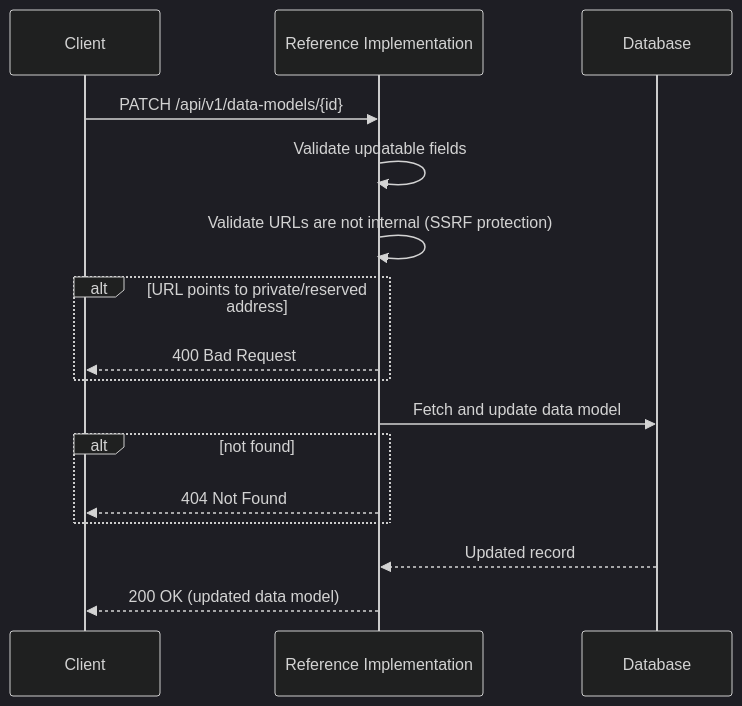
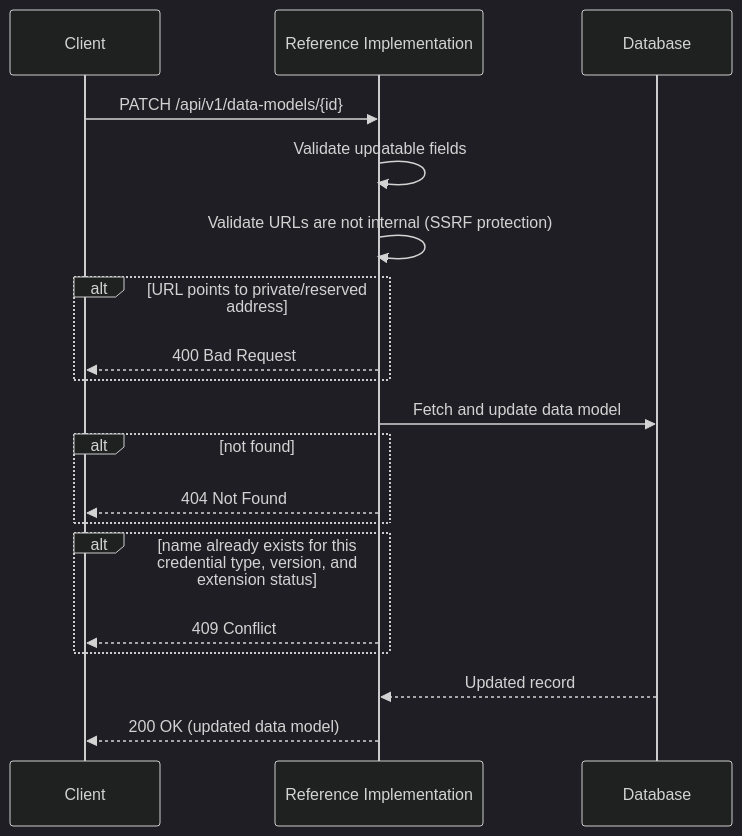
One commit to uncefact/tests-untp changed the third of 4 diagrams in documentation/docs/reference-implementation/api/data-models.md. Above: the diagram before and after it, drawn with Mermaid (dark theme). The commit also changed other lines of this file and 57 other files, not shown here.

````diff
--- a/documentation/docs/reference-implementation/api/data-models.md
+++ b/documentation/docs/reference-implementation/api/data-models.md
@@ -181,19 +188,22 @@
 ```mermaid
 sequenceDiagram
     participant Client
     participant RI as Reference Implementation
     participant DB as Database
 
     Client->>RI: PATCH /api/v1/data-models/{id}
     RI->>RI: Validate updatable fields
     RI->>RI: Validate URLs are not internal (SSRF protection)
     alt URL points to private/reserved address
         RI-->>Client: 400 Bad Request
     end
     RI->>DB: Fetch and update data model
     alt not found
         RI-->>Client: 404 Not Found
     end
+    alt name already exists for this credential type, version, and extension status
+        RI-->>Client: 409 Conflict
+    end
     DB-->>RI: Updated record
     RI-->>Client: 200 OK (updated data model)
 ```
````
